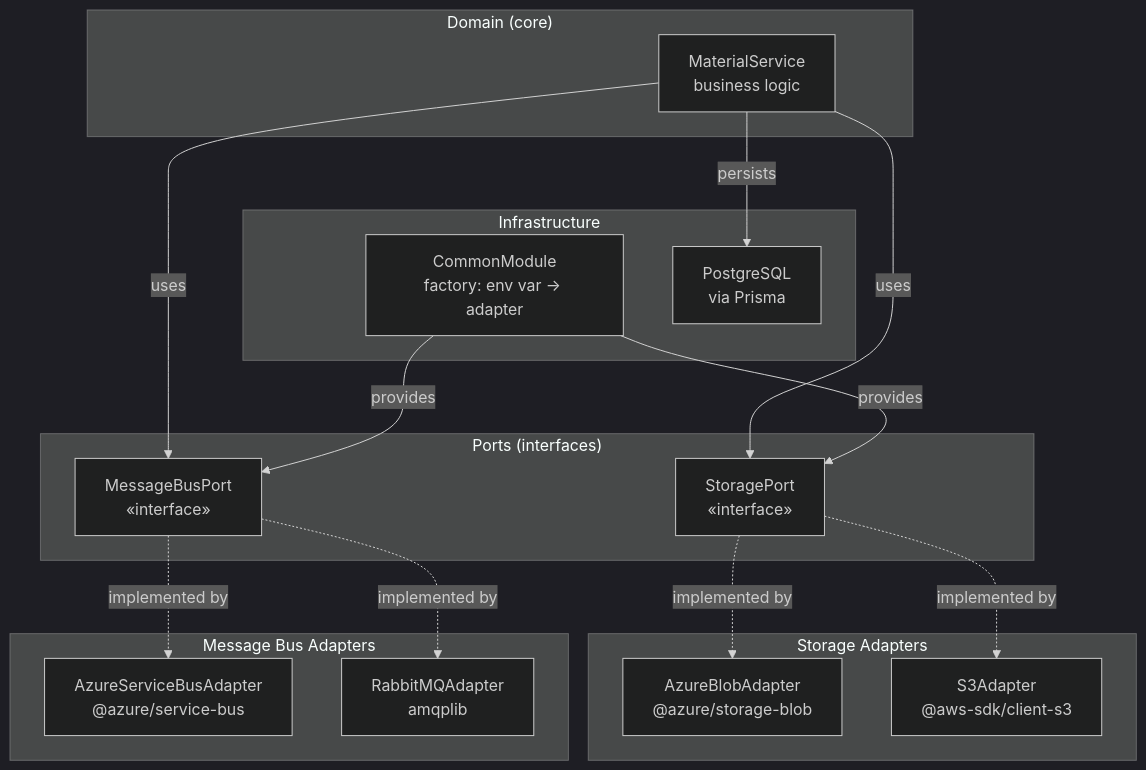
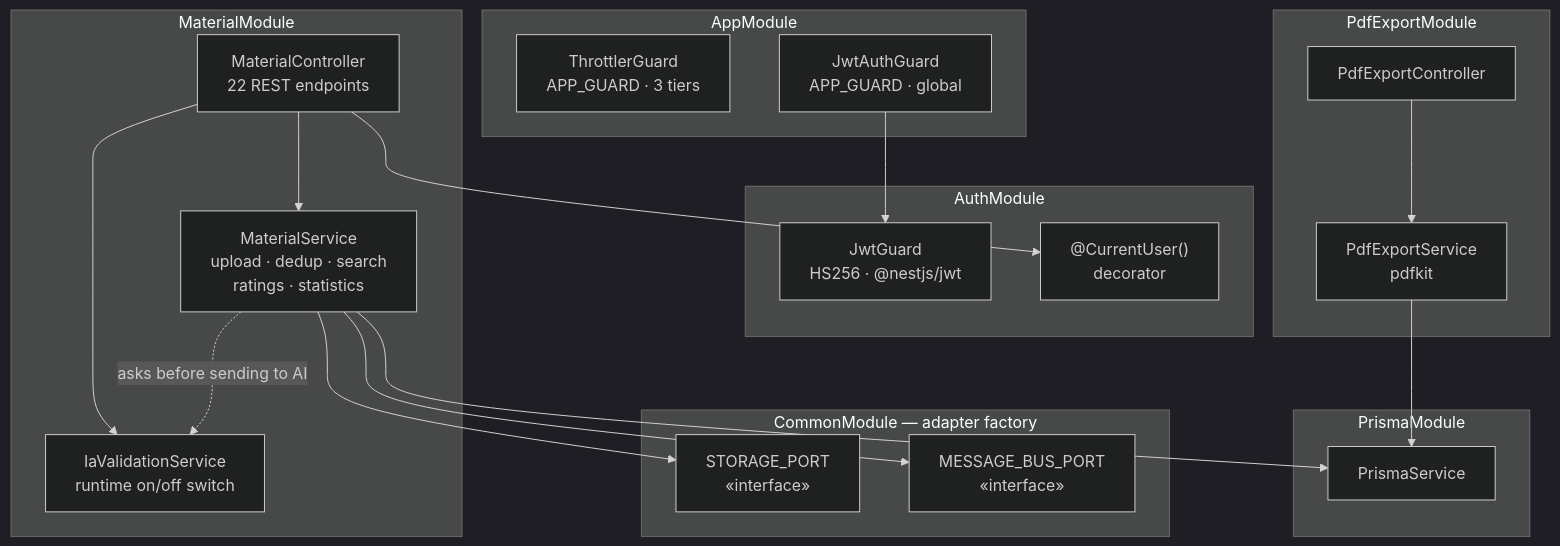
The third of 10 diagrams in how/materials-service.md (EciWise/EciWise.github.io), drawn with Mermaid (dark theme) before and after one commit. The commit also changed other lines of this file and 10 other files, not shown here.

First line of the commit message:
Enhance documentation with C4 model diagrams for notifications, study, talk, and tutoring services

````diff
--- a/how/materials-service.md
+++ b/how/materials-service.md
@@ -22,36 +134,43 @@
 ```mermaid
 graph TB
-    subgraph Domain["Domain (core)"]
-        MS["MaterialService\nbusiness logic"]
+    subgraph AppModule["AppModule"]
+        THROTTLE["ThrottlerGuard\nAPP_GUARD · 3 tiers"]
+        JWTG["JwtAuthGuard\nAPP_GUARD · global"]
     end
 
-    subgraph Ports["Ports (interfaces)"]
-        SP["StoragePort\n«interface»"]
-        MBP["MessageBusPort\n«interface»"]
+    subgraph AuthMod["AuthModule"]
+        GUARD["JwtGuard\nHS256 · @nestjs/jwt"]
+        CU["@CurrentUser()\ndecorator"]
     end
 
-    subgraph StorageAdapters["Storage Adapters"]
-        AB["AzureBlobAdapter\n@azure/storage-blob"]
-        S3["S3Adapter\n@aws-sdk/client-s3"]
+    subgraph MaterialMod["MaterialModule"]
+        MC["MaterialController\n22 REST endpoints"]
+        MS["MaterialService\nupload · dedup · search\nratings · statistics"]
+        IAV["IaValidationService\nruntime on/off switch"]
     end
 
-    subgraph BusAdapters["Message Bus Adapters"]
-        ASB["AzureServiceBusAdapter\n@azure/service-bus"]
-        RMQ["RabbitMQAdapter\namqplib"]
+    subgraph PdfMod["PdfExportModule"]
+        PC["PdfExportController"]
+        PS["PdfExportService\npdfkit"]
     end
 
-    subgraph Infra["Infrastructure"]
-        CM["CommonModule\nfactory: env var → adapter"]
-        DB["PostgreSQL\nvia Prisma"]
+    subgraph CommonMod["CommonModule — adapter factory"]
+        SPORT["STORAGE_PORT\n«interface»"]
+        MPORT["MESSAGE_BUS_PORT\n«interface»"]
     end
 
-    MS -->|uses| SP
-    MS -->|uses| MBP
-    SP -.->|implemented by| AB
-    SP -.->|implemented by| S3
-    MBP -.->|implemented by| ASB
-    MBP -.->|implemented by| RMQ
-    CM -->|provides| SP
-    CM -->|provides| MBP
-    MS -->|persists| DB
+    subgraph PrismaMod["PrismaModule"]
+        PSVC["PrismaService"]
+    end
+
+    JWTG --> GUARD
+    MC --> MS
+    MC --> IAV
+    MC --> CU
+    MS --> SPORT
+    MS --> MPORT
+    MS --> PSVC
+    MS -.->|"asks before sending to AI"| IAV
+    PC --> PS
+    PS --> PSVC
 ```
````
